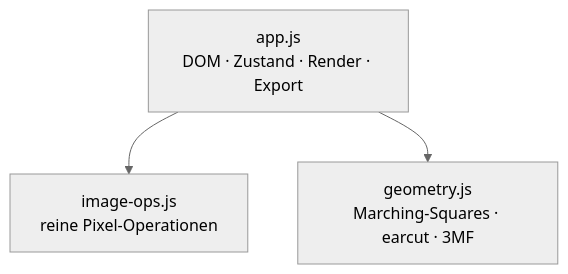
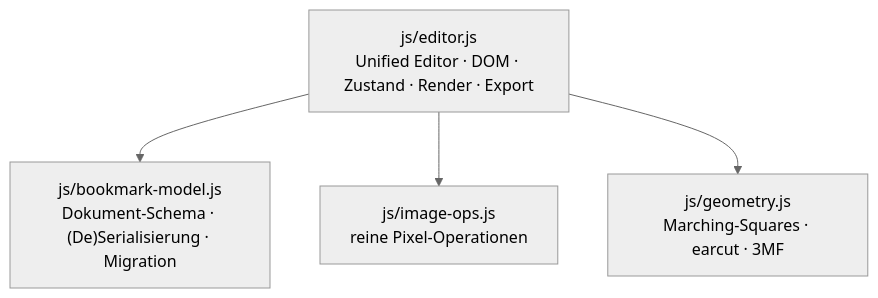
The second of 2 diagrams in README.md (KuroTsubasa1/ukibori), drawn with Mermaid (neutral theme) before and after one commit. The commit also changed other lines of this file and 2 other files, not shown here.

Commit message:
fix(ui): wire Öffnen/Speichern (save/load) + per-element direction; README + QR label
Save = serializeProject -> .json download; Open = file -> deserialize/migrate ->
resetDocTo (in-place doc replace + image re-decode + UI re-init). Add per-element
Erhaben/Vertieft to Advanced. README to the unified editor. QR layers label.

````diff
--- a/README.md
+++ b/README.md
@@ -130,8 +130,10 @@
 ```mermaid
 flowchart TD
-    app["app.js<br/>DOM · Zustand · Render · Export"]
-    img["image-ops.js<br/>reine Pixel-Operationen"]
-    geo["geometry.js<br/>Marching-Squares · earcut · 3MF"]
-    app --> img
-    app --> geo
+    editor["js/editor.js<br/>Unified Editor · DOM · Zustand · Render · Export"]
+    bm["js/bookmark-model.js<br/>Dokument-Schema · (De)Serialisierung · Migration"]
+    img["js/image-ops.js<br/>reine Pixel-Operationen"]
+    geo["js/geometry.js<br/>Marching-Squares · earcut · 3MF"]
+    editor --> bm
+    editor --> img
+    editor --> geo
 ```
````
